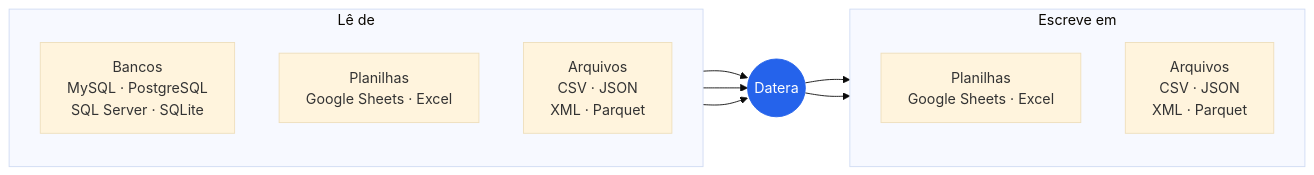
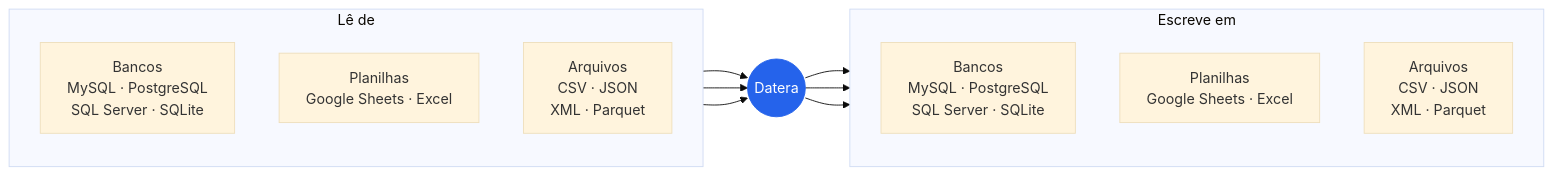
One commit to alessandravieiradev-blip/Datera changed the diagram in README.md. Above: the diagram before and after it, drawn with Mermaid (base theme). The commit also changed other lines of this file and 8 other files, not shown here.

````diff
--- a/README.md
+++ b/README.md
@@ -21,21 +21,23 @@
 ```mermaid
 flowchart LR
     subgraph fontes["Lê de"]
         direction TB
         B["Bancos<br/>MySQL · PostgreSQL<br/>SQL Server · SQLite"]
         P1["Planilhas<br/>Google Sheets · Excel"]
         A1["Arquivos<br/>CSV · JSON<br/>XML · Parquet"]
     end
     subgraph destinos["Escreve em"]
         direction TB
+        B2["Bancos<br/>MySQL · PostgreSQL<br/>SQL Server · SQLite"]
         P2["Planilhas<br/>Google Sheets · Excel"]
         A2["Arquivos<br/>CSV · JSON<br/>XML · Parquet"]
     end
     B --> D((Datera))
     P1 --> D
     A1 --> D
+    D --> B2
     D --> P2
     D --> A2
     classDef datera fill:#2563EB,stroke:#2563EB,color:#ffffff
     class D datera
 ```
````
